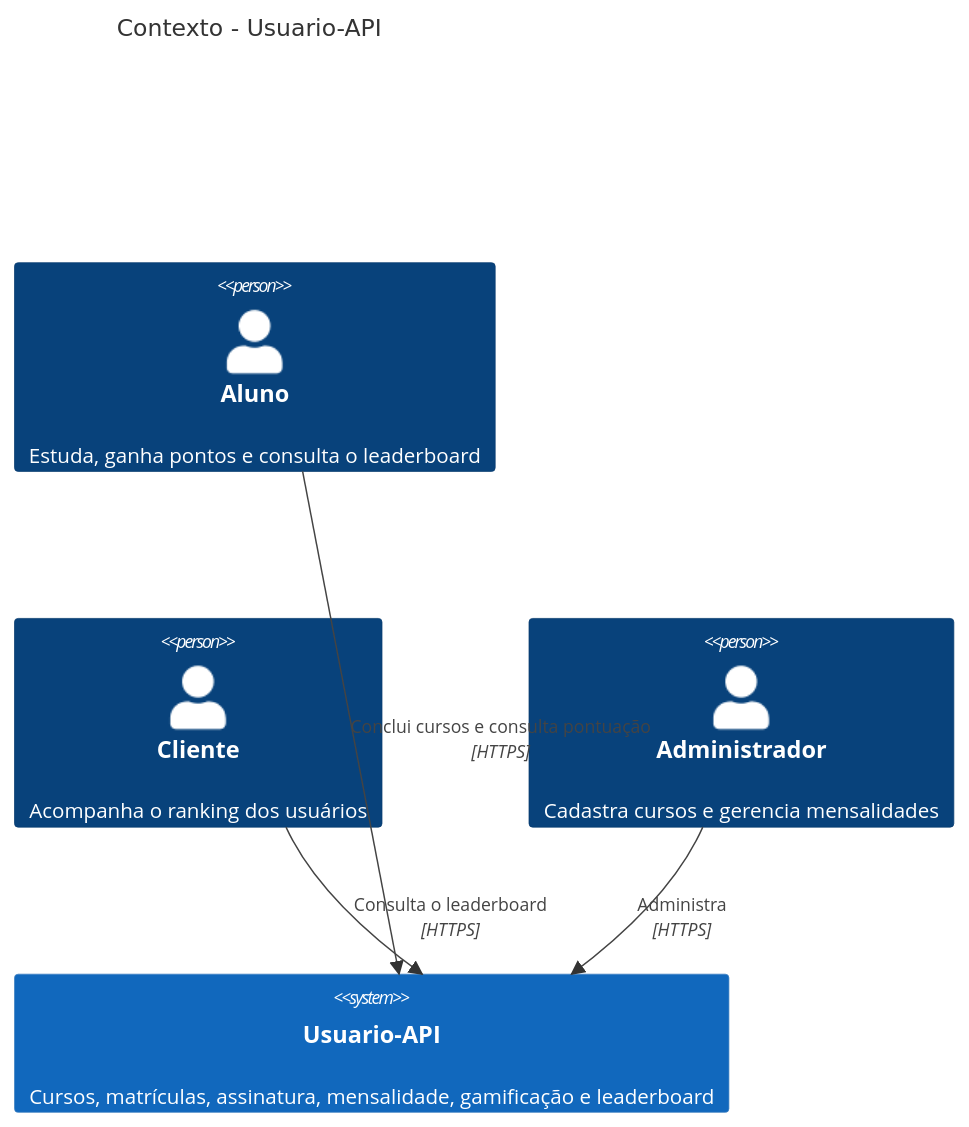
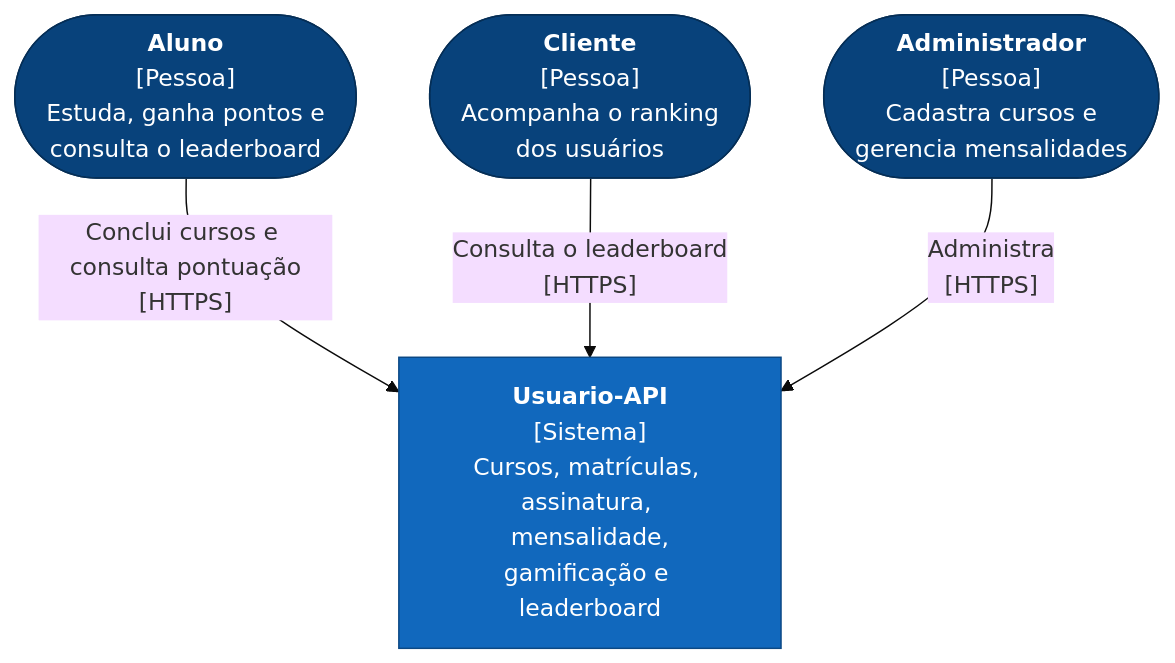
One commit to lfmutton/devOpsClass-task2 changed the first of 7 diagrams in README-ARQUITETURA.md. Above: the diagram before and after it, drawn with Mermaid (base theme). The commit also changed other lines of this file, not shown here.

First line of the commit message:
docs: replace C4 mermaid diagrams with flowcharts that render on GitHub

````diff
--- a/README-ARQUITETURA.md
+++ b/README-ARQUITETURA.md
@@ -105,14 +105,17 @@
 ```mermaid
-C4Context
-    title Contexto - Usuario-API
+flowchart TB
+    aluno(["<b>Aluno</b><br/>[Pessoa]<br/>Estuda, ganha pontos e<br/>consulta o leaderboard"])
+    cliente(["<b>Cliente</b><br/>[Pessoa]<br/>Acompanha o ranking<br/>dos usuários"])
+    admin(["<b>Administrador</b><br/>[Pessoa]<br/>Cadastra cursos e<br/>gerencia mensalidades"])
 
-    Person(aluno, "Aluno", "Estuda, ganha pontos e consulta o leaderboard")
-    Person(cliente, "Cliente", "Acompanha o ranking dos usuários")
-    Person(admin, "Administrador", "Cadastra cursos e gerencia mensalidades")
+    api["<b>Usuario-API</b><br/>[Sistema]<br/>Cursos, matrículas, assinatura, mensalidade,<br/>gamificação e leaderboard"]
 
-    System(api, "Usuario-API", "Cursos, matrículas, assinatura, mensalidade, gamificação e leaderboard")
+    aluno -- "Conclui cursos e consulta pontuação<br/>[HTTPS]" --> api
+    cliente -- "Consulta o leaderboard<br/>[HTTPS]" --> api
+    admin -- "Administra<br/>[HTTPS]" --> api
 
-    Rel(aluno, api, "Conclui cursos e consulta pontuação", "HTTPS")
-    Rel(cliente, api, "Consulta o leaderboard", "HTTPS")
-    Rel(admin, api, "Administra", "HTTPS")
+    classDef pessoa fill:#08427b,stroke:#052e56,color:#fff
+    classDef sistema fill:#1168bd,stroke:#0b4884,color:#fff
+    class aluno,cliente,admin pessoa
+    class api sistema
 ```
````
